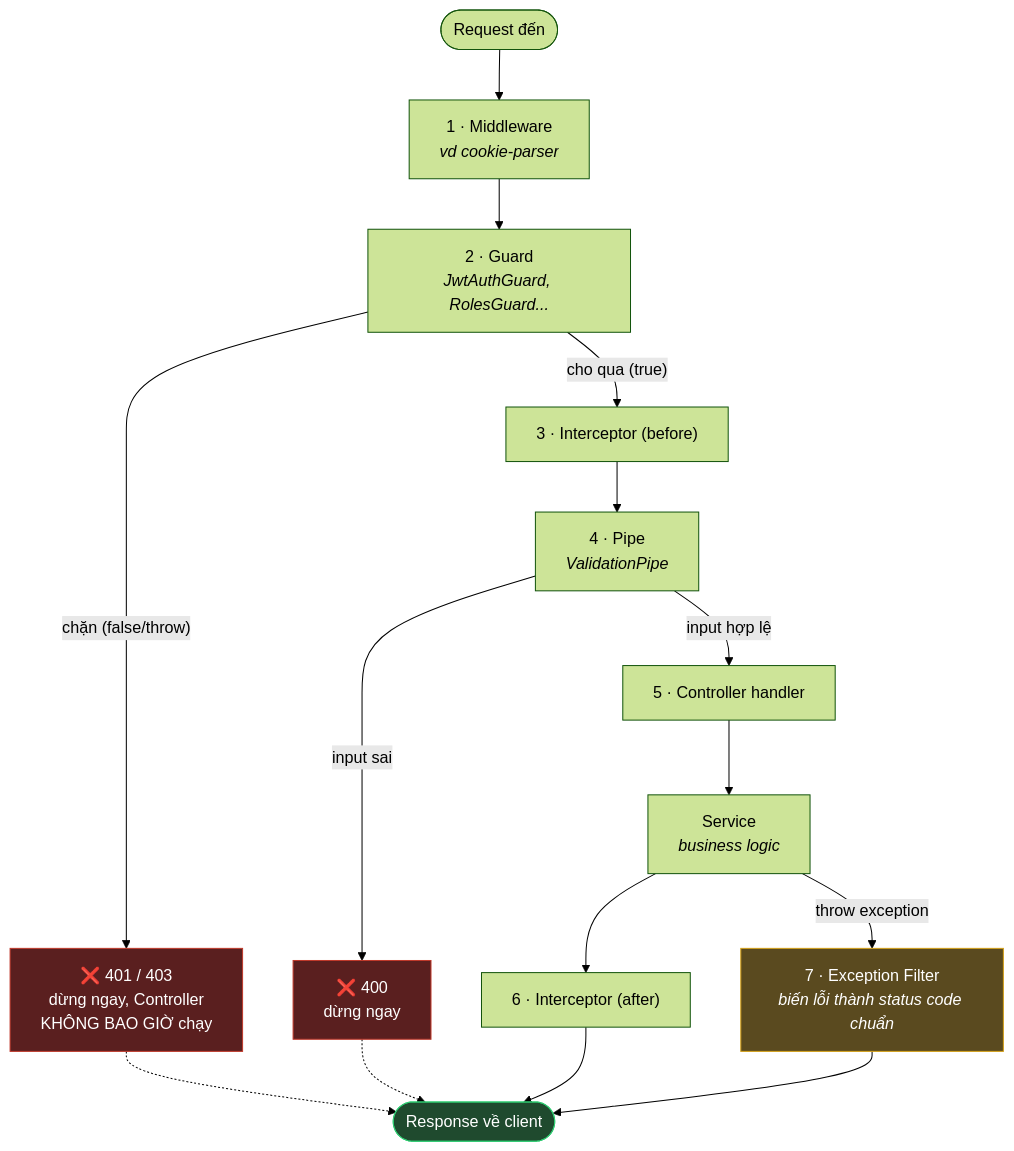
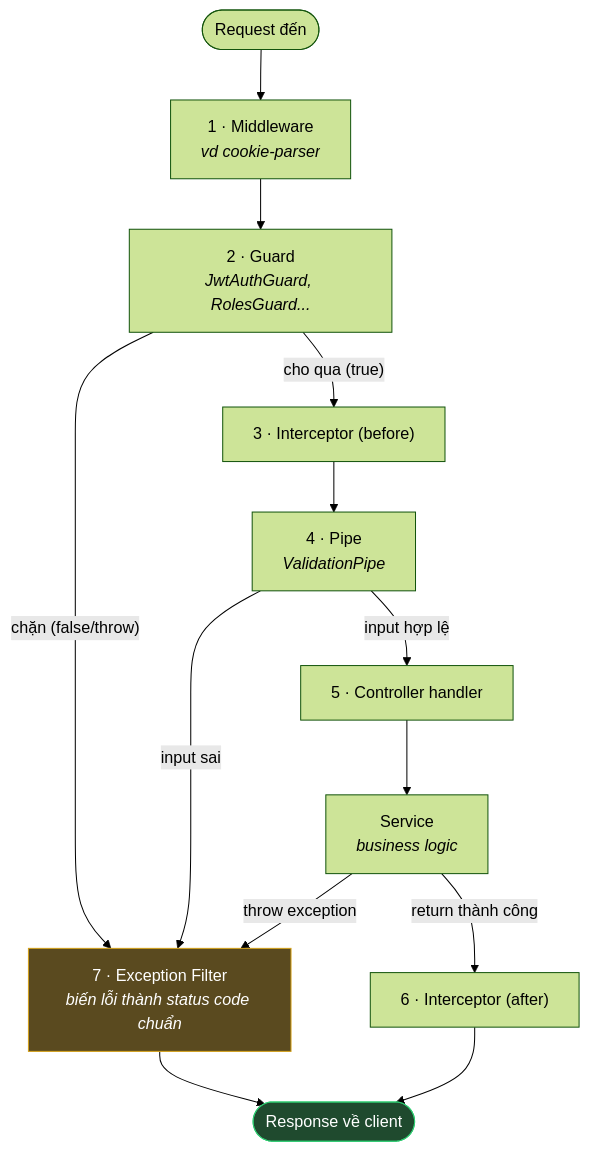
Before and after one commit to LuongCongThanh/be-demo: the second of 4 diagrams in doc/auth-playbook/GLOSSARY.md, drawn with Mermaid (forest theme). The commit also changed other lines of this file and 14 other files, not shown here.

````diff
--- a/doc/auth-playbook/GLOSSARY.md
+++ b/doc/auth-playbook/GLOSSARY.md
@@ -128,23 +129,18 @@
 ```mermaid
 flowchart TD
     Start([Request đến]) --> MW["1 · Middleware<br/><i>vd cookie-parser</i>"]
     MW --> G["2 · Guard<br/><i>JwtAuthGuard, RolesGuard...</i>"]
-    G -- "chặn (false/throw)" --> Err["❌ 401 / 403<br/>dừng ngay, Controller<br/>KHÔNG BAO GIỜ chạy"]
+    G -- "chặn (false/throw)" --> EF["7 · Exception Filter<br/><i>biến lỗi thành status code chuẩn</i>"]
     G -- "cho qua (true)" --> IB["3 · Interceptor (before)"]
     IB --> P["4 · Pipe<br/><i>ValidationPipe</i>"]
-    P -- "input sai" --> Err2["❌ 400<br/>dừng ngay"]
+    P -- "input sai" --> EF
     P -- "input hợp lệ" --> C["5 · Controller handler"]
     C --> S["Service<br/><i>business logic</i>"]
-    S --> IA["6 · Interceptor (after)"]
+    S -- "throw exception" --> EF
+    S -- "return thành công" --> IA["6 · Interceptor (after)"]
     IA --> Resp([Response về client])
+    EF --> Resp
 
-    S -- "throw exception" --> EF["7 · Exception Filter<br/><i>biến lỗi thành status code chuẩn</i>"]
-    EF --> Resp
-    Err -.-> Resp
-    Err2 -.-> Resp
-
-    style Err fill:#5a1f1f,stroke:#c0392b,color:#fff
-    style Err2 fill:#5a1f1f,stroke:#c0392b,color:#fff
     style EF fill:#5a4a1f,stroke:#d4a017,color:#fff
     style Resp fill:#1f4a2e,stroke:#2ecc71,color:#fff
 ```
````
